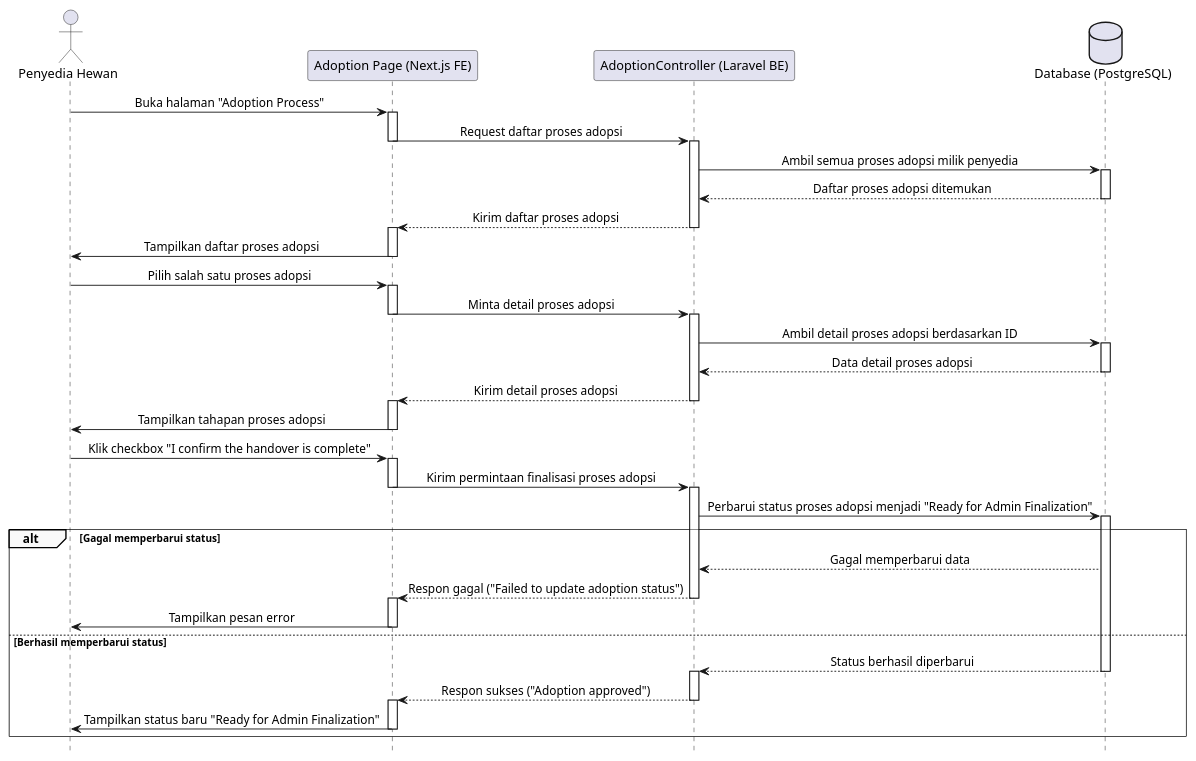
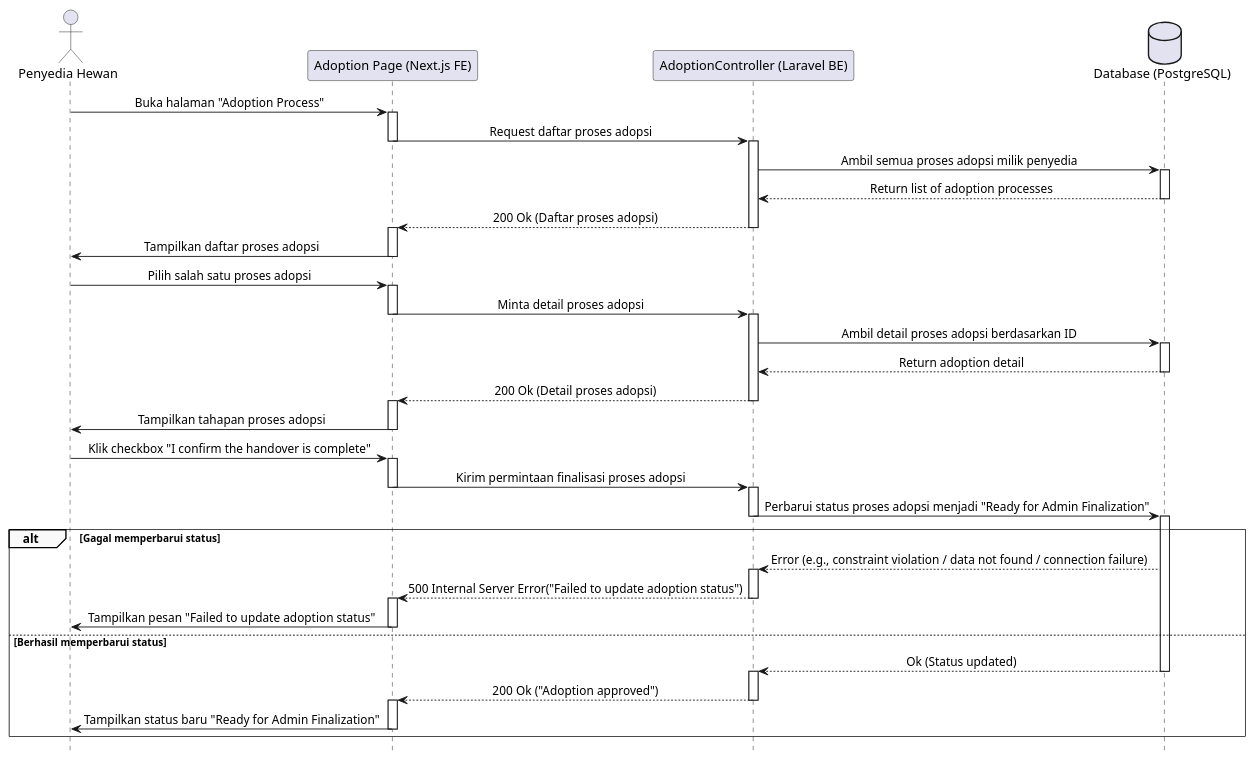
One commit to fadhel-rizanda/skripsi-plantuml changed the diagram in sequence/MenyetujuiAdopsi.plantuml. Above: the diagram before and after it, drawn with PlantUML. The commit also changed 29 other files, not shown here.

```diff
--- a/sequence/MenyetujuiAdopsi.plantuml
+++ b/sequence/MenyetujuiAdopsi.plantuml
@@ -1,76 +1,77 @@
 @startuml
 ' === Styling ===
 skinparam sequence {
     LifelineFooterStrategy none
     MessageAlign center
     ArrowThickness 1
     ParticipantPadding 20
     GroupBorderThickness 0.5
     GroupBackgroundColor #F9F9F9
 }
 hide footbox
 
 ' === Participants ===
 actor "Penyedia Hewan" as Provider
 participant "Adoption Page (Next.js FE)" as FE
 participant "AdoptionController (Laravel BE)" as BE
 database "Database (PostgreSQL)" as DB
 
 ' === Flow: Menyetujui Proses Adopsi ===
 Provider -> FE: Buka halaman "Adoption Process"
 activate FE
 FE -> BE: Request daftar proses adopsi
 deactivate FE
 activate BE
 BE -> DB: Ambil semua proses adopsi milik penyedia
 activate DB
-DB --> BE: Daftar proses adopsi ditemukan
+DB --> BE: Return list of adoption processes
 deactivate DB
-BE --> FE: Kirim daftar proses adopsi
+BE --> FE: 200 Ok (Daftar proses adopsi)
 deactivate BE
 activate FE
 FE -> Provider: Tampilkan daftar proses adopsi
 deactivate FE
 
 Provider -> FE: Pilih salah satu proses adopsi
 activate FE
 FE -> BE: Minta detail proses adopsi
 deactivate FE
 activate BE
 BE -> DB: Ambil detail proses adopsi berdasarkan ID
 activate DB
-DB --> BE: Data detail proses adopsi
+DB --> BE: Return adoption detail
 deactivate DB
-BE --> FE: Kirim detail proses adopsi
+BE --> FE: 200 Ok (Detail proses adopsi)
 deactivate BE
 activate FE
 FE -> Provider: Tampilkan tahapan proses adopsi
 deactivate FE
 
 Provider -> FE: Klik checkbox "I confirm the handover is complete"
 activate FE
 FE -> BE: Kirim permintaan finalisasi proses adopsi
 deactivate FE
 activate BE
 BE -> DB: Perbarui status proses adopsi menjadi "Ready for Admin Finalization"
+deactivate BE
 activate DB
-
 alt Gagal memperbarui status
-    DB --> BE: Gagal memperbarui data
-    BE --> FE: Respon gagal ("Failed to update adoption status")
+    DB --> BE: Error (e.g., constraint violation / data not found / connection failure)
+    activate BE
+    BE --> FE: 500 Internal Server Error("Failed to update adoption status")
     deactivate BE
     activate FE
-    FE -> Provider: Tampilkan pesan error
+    FE -> Provider: Tampilkan pesan "Failed to update adoption status"
     deactivate FE
 else Berhasil memperbarui status
-    DB --> BE: Status berhasil diperbarui
+    DB --> BE: Ok (Status updated)
     deactivate DB
     activate BE
-    BE --> FE: Respon sukses ("Adoption approved")
+    BE --> FE: 200 Ok ("Adoption approved")
     deactivate BE
     activate FE
     FE -> Provider: Tampilkan status baru "Ready for Admin Finalization"
     deactivate FE
 end
 
 @enduml
```
